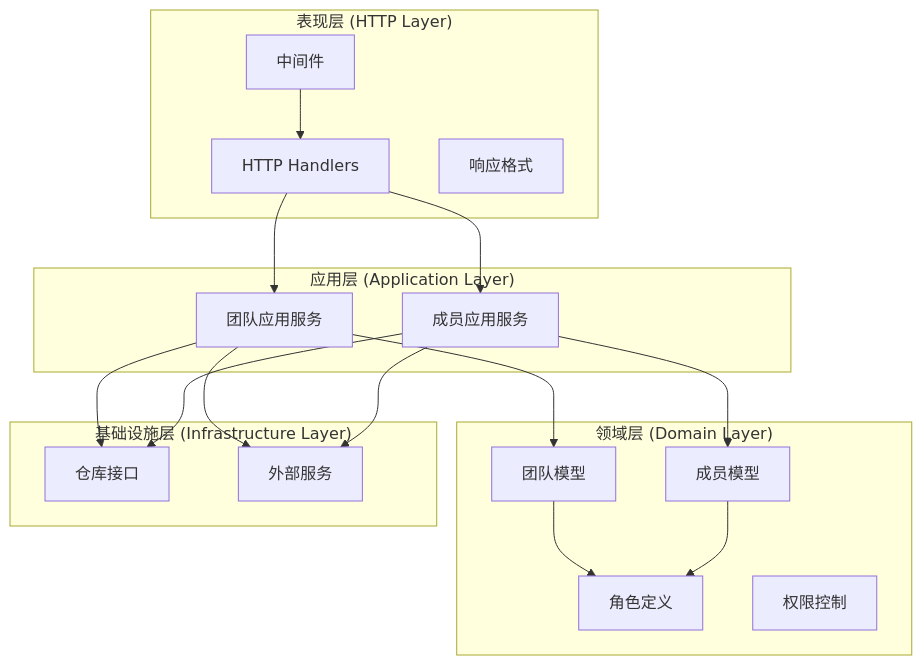
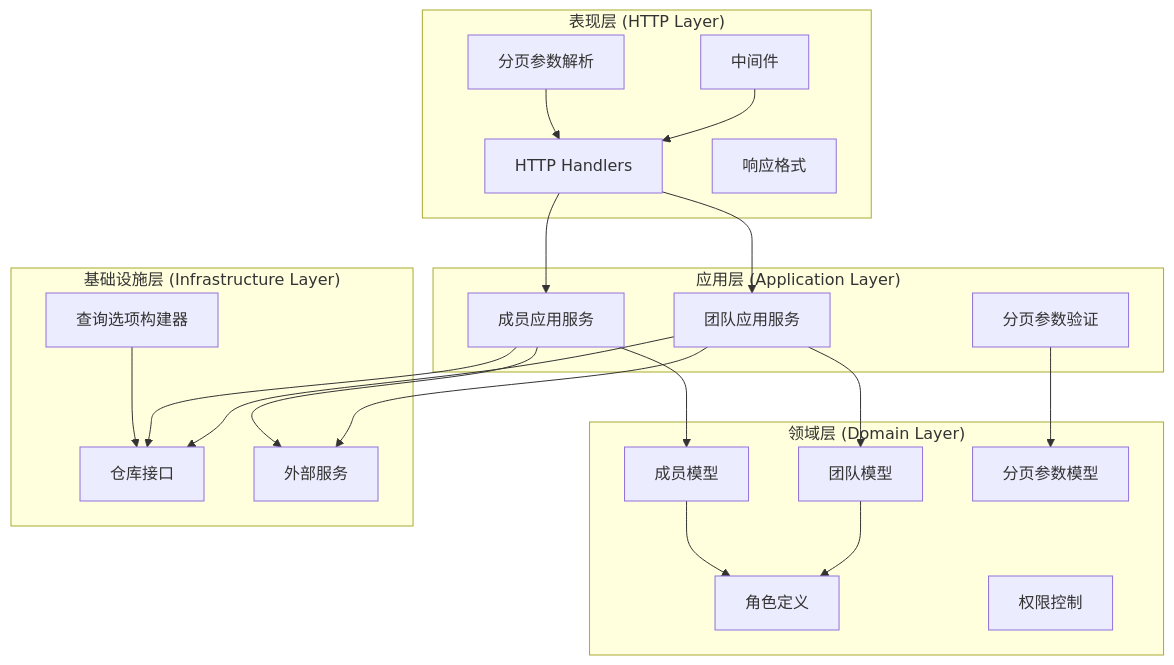
The first of 5 diagrams in .qoder/repowiki/zh/content/API 接口文档/团队管理接口.md (ATOMLubover/poprako), drawn with Mermaid before and after one commit. The commit also changed other lines of this file and 22 other files, not shown here.

````diff
--- a/.qoder/repowiki/zh/content/API 接口文档/团队管理接口.md
+++ b/.qoder/repowiki/zh/content/API 接口文档/团队管理接口.md
@@ -40,33 +52,40 @@
 ```mermaid
 graph TB
 subgraph "表现层 (HTTP Layer)"
 A[HTTP Handlers]
 B[中间件]
 C[响应格式]
+D[分页参数解析]
 end
 subgraph "应用层 (Application Layer)"
-D[团队应用服务]
-E[成员应用服务]
+E[团队应用服务]
+F[成员应用服务]
+G[分页参数验证]
 end
 subgraph "领域层 (Domain Layer)"
-F[团队模型]
-G[成员模型]
-H[角色定义]
-I[权限控制]
+H[团队模型]
+I[成员模型]
+J[角色定义]
+K[权限控制]
+L[分页参数模型]
 end
 subgraph "基础设施层 (Infrastructure Layer)"
-J[仓库接口]
-K[外部服务]
+M[仓库接口]
+N[外部服务]
+O[查询选项构建器]
 end
-A --> D
 A --> E
+A --> F
 B --> A
-D --> F
-E --> G
-F --> H
-G --> H
-D --> J
-E --> J
-D --> K
-E --> K
+D --> A
+E --> H
+F --> I
+H --> J
+I --> J
+E --> M
+F --> M
+E --> N
+F --> N
+G --> L
+O --> M
 ```
````
